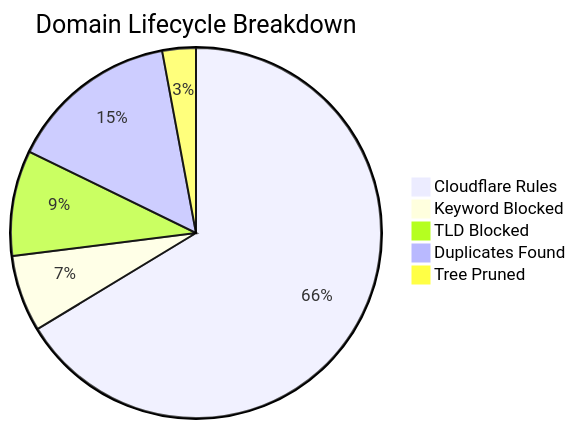
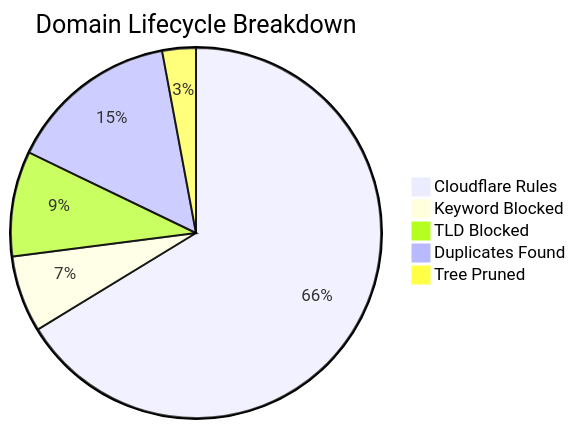
Before and after one commit to brojangles24/Cloudflare-ZeroTrust-AdBlock: the diagram in README_STATS.md, drawn with Mermaid. The commit also changed other lines of this file and 1 other file, not shown here.

````diff
--- a/README_STATS.md
+++ b/README_STATS.md
@@ -5,8 +5,8 @@
 ```mermaid
 pie title Domain Lifecycle Breakdown
-    "Cloudflare Rules" : 277897
-    "Keyword Blocked" : 28016
-    "TLD Blocked" : 38580
-    "Duplicates Found" : 62225
-    "Tree Pruned" : 12271
+    "Cloudflare Rules" : 277582
+    "Keyword Blocked" : 28013
+    "TLD Blocked" : 38462
+    "Duplicates Found" : 62460
+    "Tree Pruned" : 12286
 ```
````
